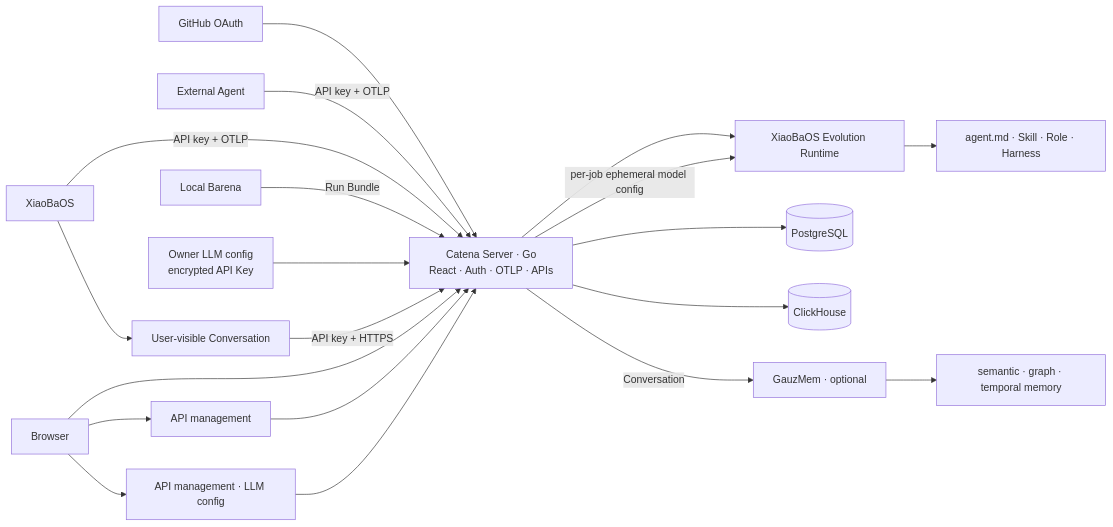
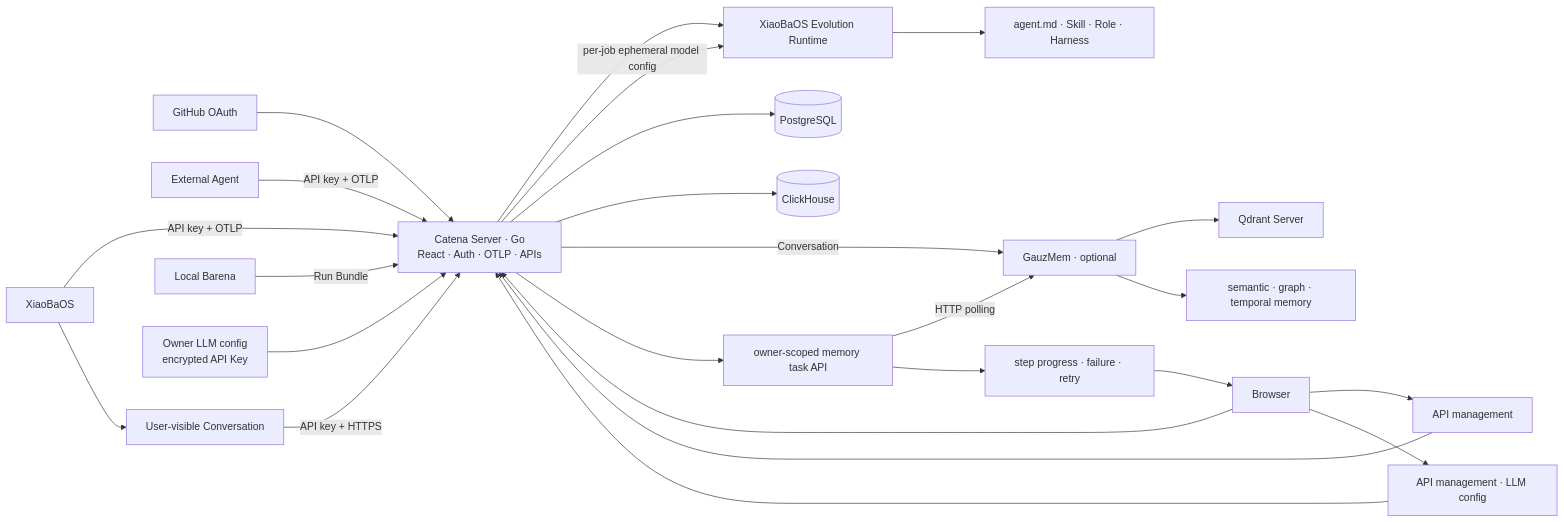
One commit to fightheyyy/CATENA changed the first of 2 diagrams in SPEC.md. Above: the diagram before and after it, drawn with Mermaid. The commit also changed other lines of this file and 19 other files, not shown here.

Commit message:
Expose memory extraction progress

````diff
--- a/SPEC.md
+++ b/SPEC.md
@@ -26,22 +26,27 @@
 ```mermaid
 flowchart LR
     GitHub["GitHub OAuth"] --> Go
     Browser["Browser"] --> Go["Catena Server · Go<br/>React · Auth · OTLP · APIs"]
     Runtime["External Agent"] -->|"API key + OTLP"| Go
     XiaoBa["XiaoBaOS"] -->|"API key + OTLP"| Go
     XiaoBa --> Conversation["User-visible Conversation"]
     Conversation -->|"API key + HTTPS"| Go
     Barena["Local Barena"] -->|"Run Bundle"| Go
     Go --> Runner["XiaoBaOS Evolution Runtime"]
     OwnerModel["Owner LLM config<br/>encrypted API Key"] --> Go
     Go -->|"per-job ephemeral model config"| Runner
     Runner --> Asset["agent.md · Skill · Role · Harness"]
     Go --> PG[("PostgreSQL")]
     Go --> CH[("ClickHouse")]
     Go -->|"Conversation"| Memory["GauzMem · optional"]
+    Go --> TaskAPI["owner-scoped memory task API"]
+    TaskAPI -->|"HTTP polling"| Memory
+    Memory --> Vector["Qdrant Server"]
+    TaskAPI --> Progress["step progress · failure · retry"]
+    Progress --> Browser
     Memory --> Recall["semantic · graph · temporal memory"]
     Browser --> Keys["API management"]
     Browser --> ModelSettings["API management · LLM config"]
     ModelSettings --> Go
     Keys --> Go
 ```
````
